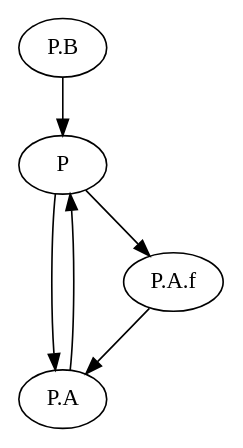
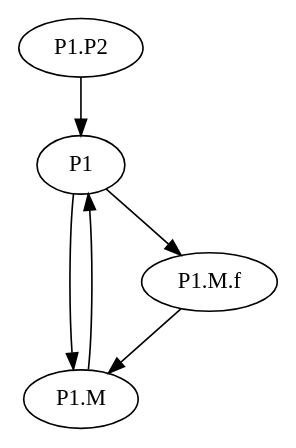
Before and after one commit to ErikHedblom/Master-Thesis: the diagram in Dot/BrokenAccess.dot, drawn with Graphviz. The commit also changed 10 other files, not shown here.

```diff
--- a/Dot/BrokenAccess.dot
+++ b/Dot/BrokenAccess.dot
@@ -1,7 +1,7 @@
 digraph DependencyGraph {
-	"P" ->"P.A"
-	"P" ->"P.A.f"
-	"P.A" -> "P"
-	"P.A.f" -> "P.A"
-	"P.B" -> "P"
+	"P1" ->"P1.M"
+	"P1" ->"P1.M.f"
+	"P1.M" -> "P1"
+	"P1.M.f" -> "P1.M"
+	"P1.P2" -> "P1"
 }
```
